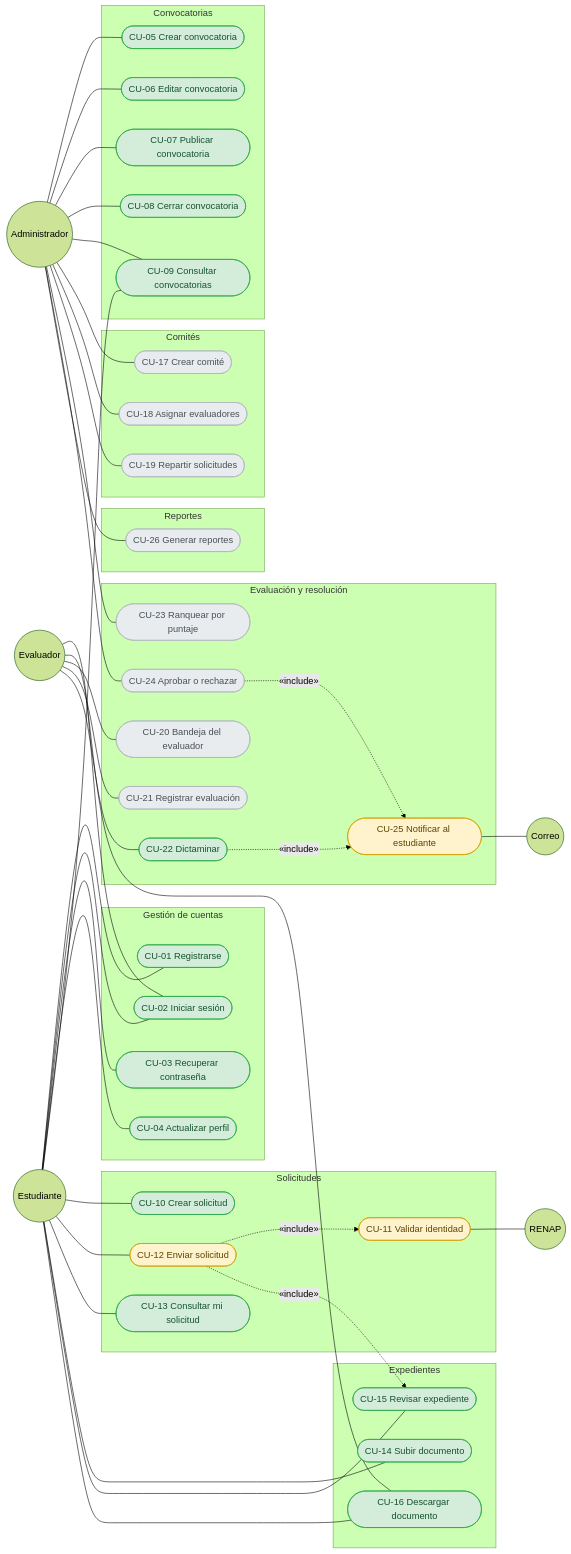
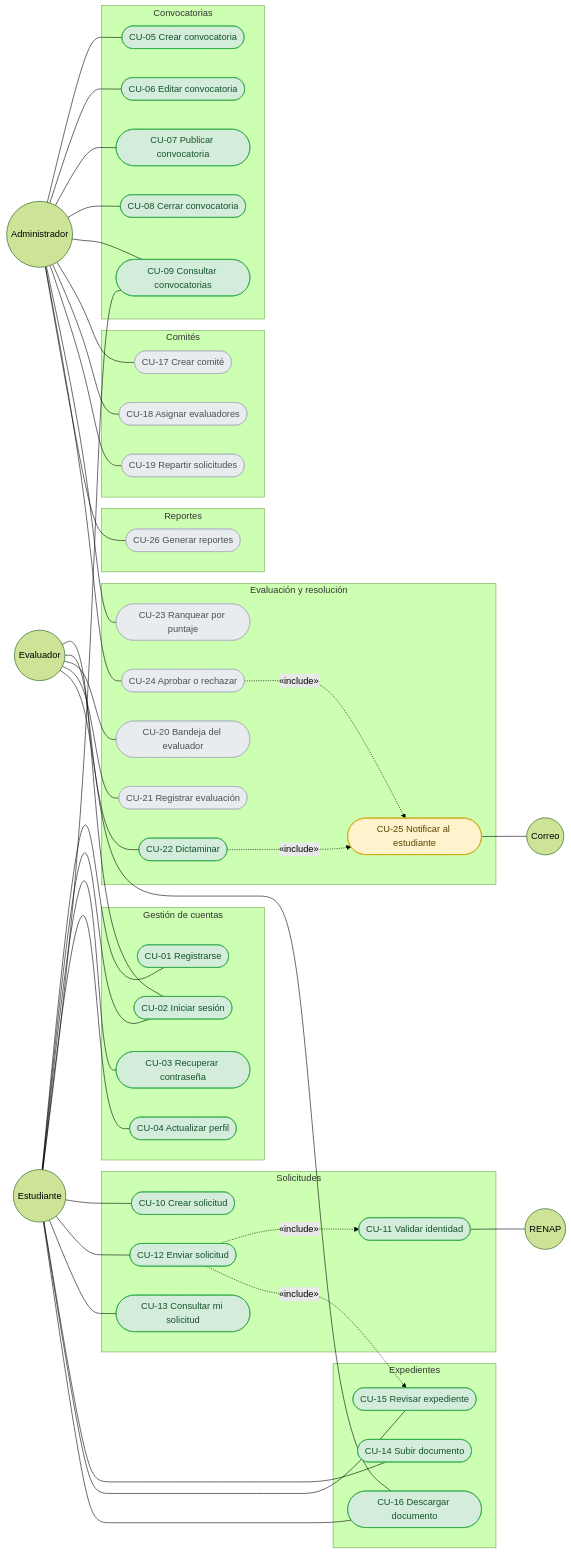
Before and after one commit to lelrxuch/actividad-umg: the second of 4 diagrams in docs/anexo-5-documento-de-diseno.md, drawn with Mermaid (forest theme). The commit also changed other lines of this file and 17 other files, not shown here.

````diff
--- a/docs/anexo-5-documento-de-diseno.md
+++ b/docs/anexo-5-documento-de-diseno.md
@@ -350,7 +350,7 @@
     classDef parcial fill:#fff3cd,stroke:#d39e00,color:#5c4500
     classDef falta fill:#e9ecef,stroke:#adb5bd,color:#495057
 
-    class CU01,CU02,CU03,CU04,CU05,CU06,CU07,CU08,CU09,CU10,CU13,CU14,CU15,CU16,CU22 listo
-    class CU11,CU12,CU25 parcial
+    class CU01,CU02,CU03,CU04,CU05,CU06,CU07,CU08,CU09,CU10,CU11,CU12,CU13,CU14,CU15,CU16,CU22 listo
+    class CU25 parcial
     class CU17,CU18,CU19,CU20,CU21,CU23,CU24,CU26 falta
 ```
````
